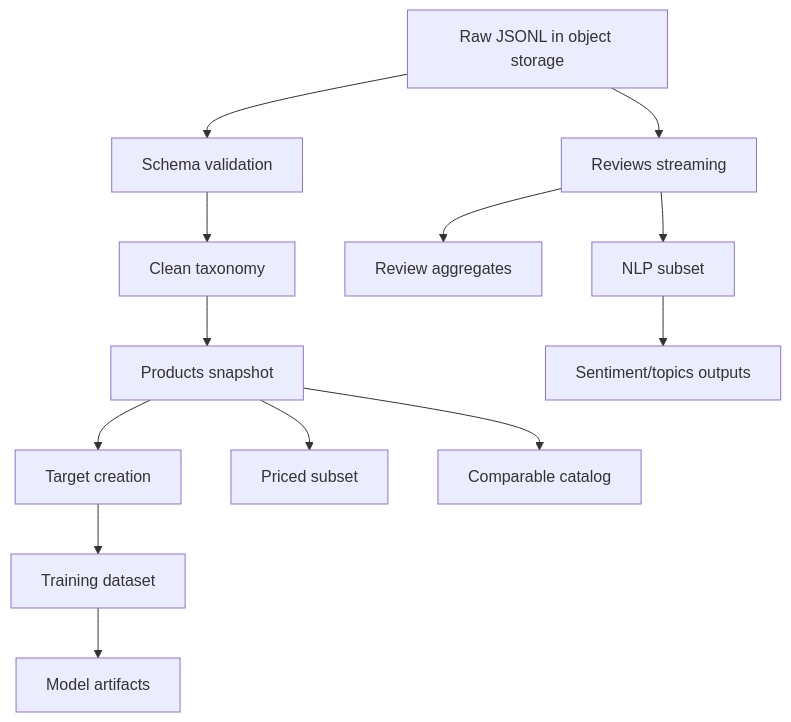
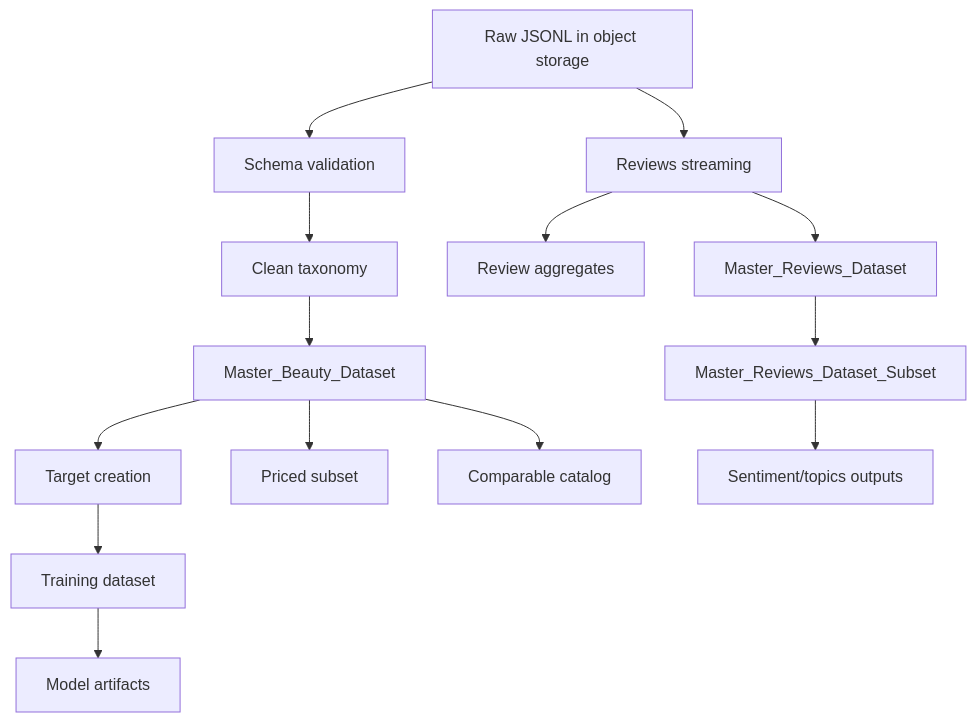
Before and after one commit to Francisrjs/amazon-reviews-london-ads-2026: the diagram in docs/05_DATA_PIPELINE.md, drawn with Mermaid. The commit also changed other lines of this file and 3 other files, not shown here.

Commit message:
Update data pipeline documentation and first steps guide; clarify dataset outputs and structure, remove obsolete notebooks.

````diff
--- a/docs/05_DATA_PIPELINE.md
+++ b/docs/05_DATA_PIPELINE.md
@@ -80,15 +94,16 @@
 ```mermaid
 flowchart TD
     A[Raw JSONL in object storage] --> B[Schema validation]
     B --> C[Clean taxonomy]
-    C --> D[Products snapshot]
+    C --> D[Master_Beauty_Dataset]
     A --> E[Reviews streaming]
     E --> F[Review aggregates]
-    E --> G[NLP subset]
-    D --> H[Target creation]
-    H --> I[Training dataset]
-    D --> J[Priced subset]
-    D --> K[Comparable catalog]
-    G --> L[Sentiment/topics outputs]
-    I --> M[Model artifacts]
+    E --> G[Master_Reviews_Dataset]
+    G --> H[Master_Reviews_Dataset_Subset]
+    D --> I[Target creation]
+    I --> J[Training dataset]
+    D --> K[Priced subset]
+    D --> L[Comparable catalog]
+    H --> M[Sentiment/topics outputs]
+    J --> N[Model artifacts]
 ```
````
